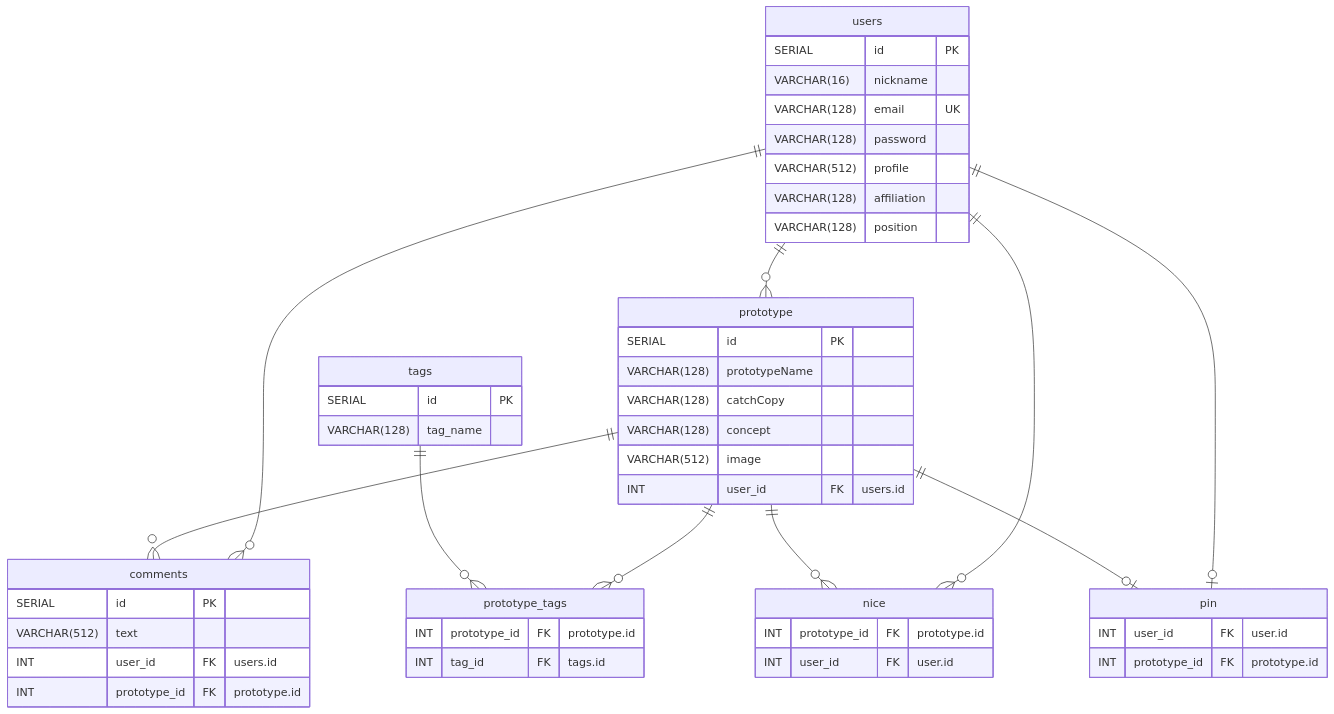
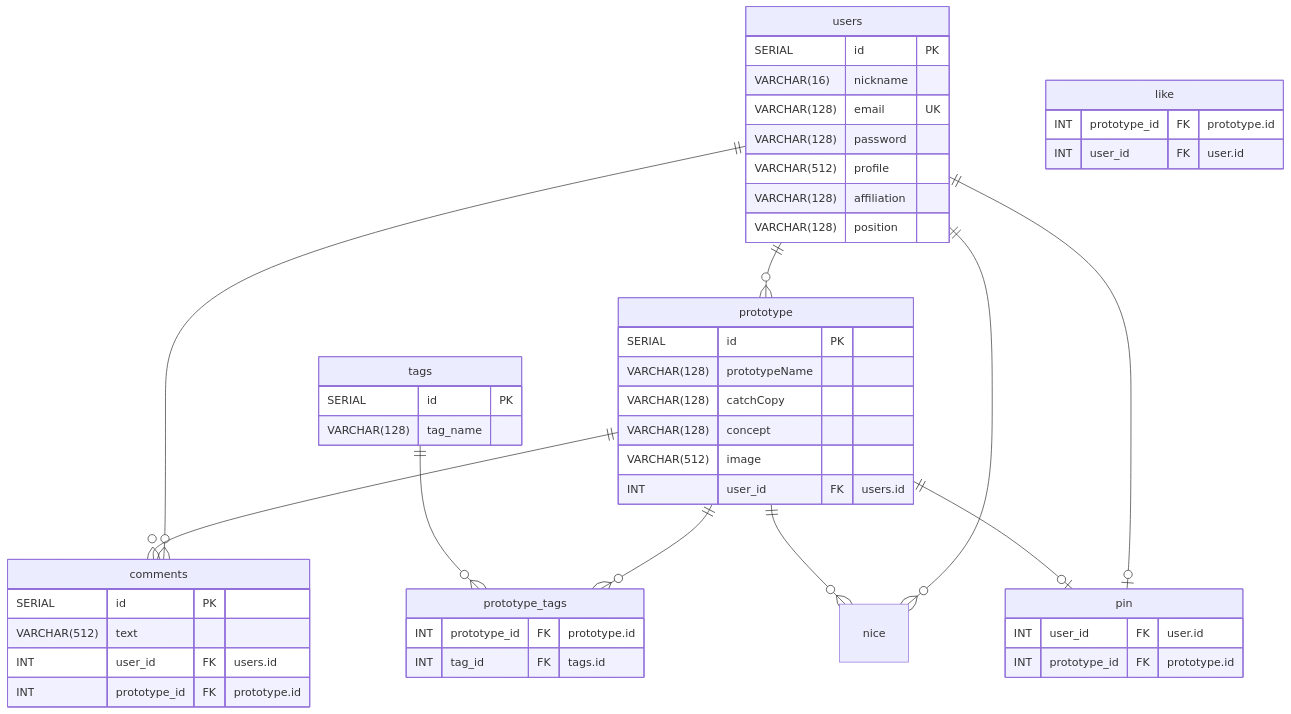
Before and after one commit to Maeda-smart/protospace-b: the diagram in README.md, drawn with Mermaid.

Commit message:
rename table from nice to like

````diff
--- a/README.md
+++ b/README.md
@@ -16,51 +16,51 @@
 ```mermaid
 erDiagram
   users ||--o{ prototype: ""
   users ||--o{ comments: ""
   prototype ||--o{ comments: ""
   prototype ||--o{ prototype_tags: ""
   tags ||--o{ prototype_tags: ""
   users ||--o{ nice: ""
   prototype ||--o{ nice: ""
   users ||--o| pin: ""
   prototype ||--o| pin: ""
   users{
     SERIAL id PK
     VARCHAR(16) nickname
     VARCHAR(128) email UK
     VARCHAR(128) password
     VARCHAR(512) profile
     VARCHAR(128) affiliation
     VARCHAR(128) position
   }
   prototype{
     SERIAL id PK
     VARCHAR(128) prototypeName
     VARCHAR(128) catchCopy
     VARCHAR(128) concept
     VARCHAR(512) image
     INT user_id FK "users.id"
   }
   comments{
     SERIAL id PK
     VARCHAR(512) text
     INT user_id FK "users.id"
     INT prototype_id FK "prototype.id"
   }
   tags{
     SERIAL id PK
     VARCHAR(128) tag_name
   }
   prototype_tags{
     INT prototype_id FK "prototype.id"
     INT tag_id FK "tags.id"
   }
-  nice{
+  like{
     INT prototype_id FK "prototype.id"
     INT user_id FK "user.id"
   }
   pin{
     INT user_id FK "user.id"
     INT prototype_id FK "prototype.id"
   }
 ```
````
